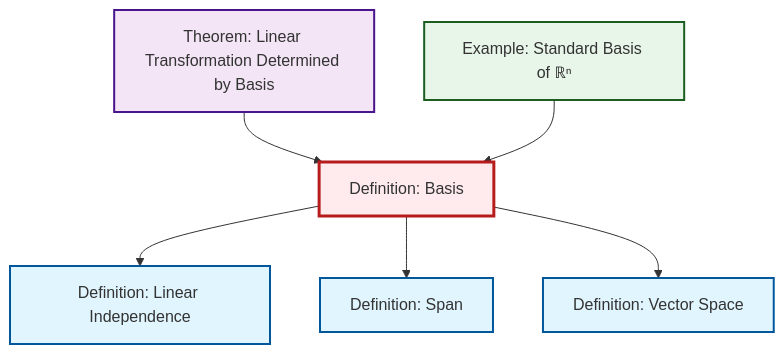
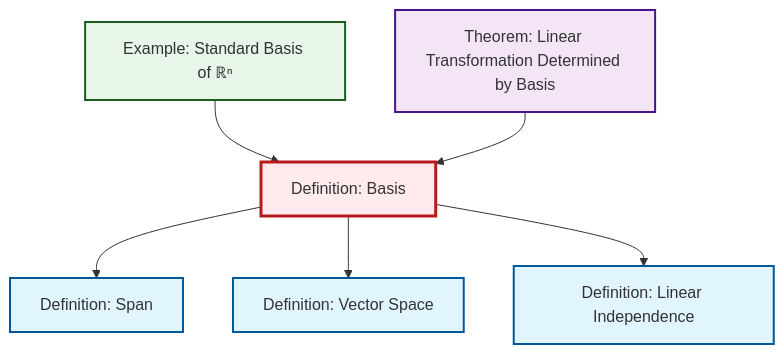
One commit to RK0429/ModernMath changed the diagram in content/ja/algebra/def-basis.qmd. Above: the diagram before and after it, drawn with Mermaid. The commit also changed other lines of this file and 434 other files, not shown here.

````diff
--- a/content/ja/algebra/def-basis.qmd
+++ b/content/ja/algebra/def-basis.qmd
@@ -56,26 +56,26 @@
 ```{mermaid}
 %%| fig-cap: "Local dependency graph"
 graph TD
     classDef definition fill:#e1f5fe,stroke:#01579b,stroke-width:2px
     classDef theorem fill:#f3e5f5,stroke:#4a148c,stroke-width:2px
     classDef axiom fill:#fff3e0,stroke:#e65100,stroke-width:2px
     classDef example fill:#e8f5e9,stroke:#1b5e20,stroke-width:2px
     classDef current fill:#ffebee,stroke:#b71c1c,stroke-width:3px
+    thm-linear-transformation-basis["Theorem: Linear Transformation Determined by Basis"]:::theorem
     def-linear-independence["Definition: Linear Independence"]:::definition
+    def-basis["Definition: Basis"]:::definition
+    ex-standard-basis-rn["Example: Standard Basis of ℝⁿ"]:::example
+    def-span["Definition: Span"]:::definition
     def-vector-space["Definition: Vector Space"]:::definition
-    def-span["Definition: Span"]:::definition
-    ex-standard-basis-rn["Example: Standard Basis of ℝⁿ"]:::example
-    def-basis["Definition: Basis"]:::definition
-    thm-linear-transformation-basis["Theorem: Linear Transformation Determined by Basis"]:::theorem
+    ex-standard-basis-rn --> def-basis
+    def-basis --> def-span
     thm-linear-transformation-basis --> def-basis
+    def-basis --> def-vector-space
     def-basis --> def-linear-independence
-    def-basis --> def-span
-    ex-standard-basis-rn --> def-basis
-    def-basis --> def-vector-space
     class def-basis current
+    click thm-linear-transformation-basis "thm-linear-transformation-basis.html" "Theorem: Linear Transformation Determined by Basisへ"
     click def-linear-independence "def-linear-independence.html" "Definition: Linear Independenceへ"
+    click ex-standard-basis-rn "ex-standard-basis-rn.html" "Example: Standard Basis of ℝⁿへ"
+    click def-span "def-span.html" "Definition: Spanへ"
     click def-vector-space "def-vector-space.html" "Definition: Vector Spaceへ"
-    click def-span "def-span.html" "Definition: Spanへ"
-    click ex-standard-basis-rn "ex-standard-basis-rn.html" "Example: Standard Basis of ℝⁿへ"
-    click thm-linear-transformation-basis "thm-linear-transformation-basis.html" "Theorem: Linear Transformation Determined by Basisへ"
 ```
````
